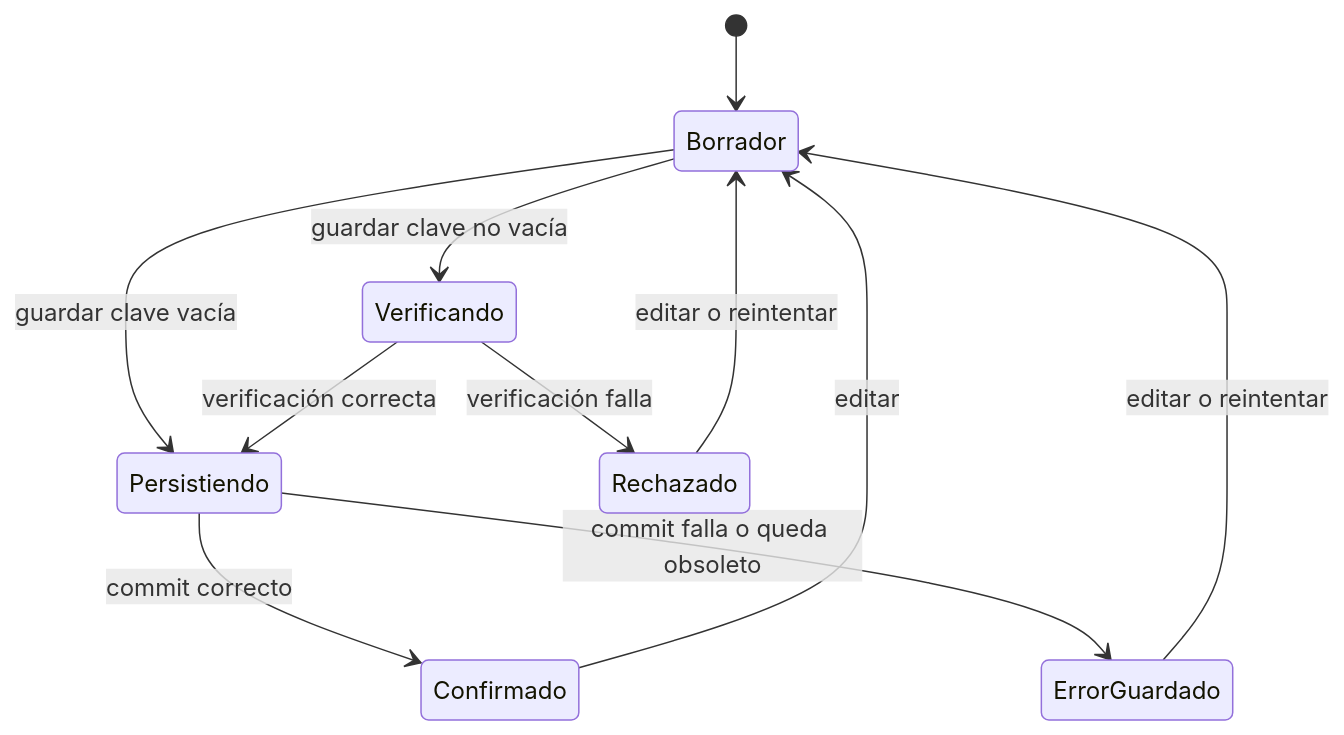
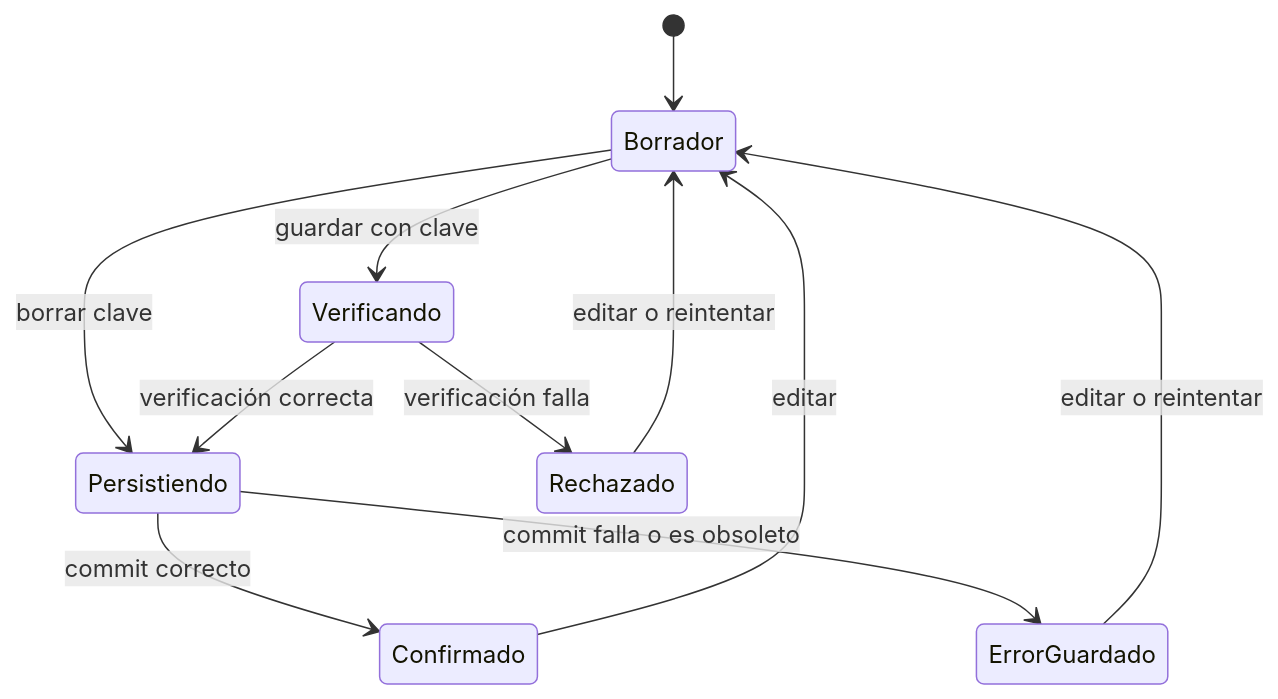
The first of 2 diagrams in openwiki/agent/provider-configuration.md (maximofn/gymnasia), drawn with Mermaid before and after one commit. The commit also changed other lines of this file and 52 other files, not shown here.

````diff
--- a/openwiki/agent/provider-configuration.md
+++ b/openwiki/agent/provider-configuration.md
@@ -89,13 +87,13 @@
 ```mermaid
 stateDiagram-v2
     [*] --> Borrador
-    Borrador --> Verificando: guardar clave no vacía
-    Borrador --> Persistiendo: guardar clave vacía
+    Borrador --> Verificando: guardar con clave
+    Borrador --> Persistiendo: borrar clave
     Verificando --> Rechazado: verificación falla
     Verificando --> Persistiendo: verificación correcta
     Persistiendo --> Confirmado: commit correcto
-    Persistiendo --> ErrorGuardado: commit falla o queda obsoleto
+    Persistiendo --> ErrorGuardado: commit falla o es obsoleto
     Rechazado --> Borrador: editar o reintentar
     ErrorGuardado --> Borrador: editar o reintentar
     Confirmado --> Borrador: editar
 ```
````
